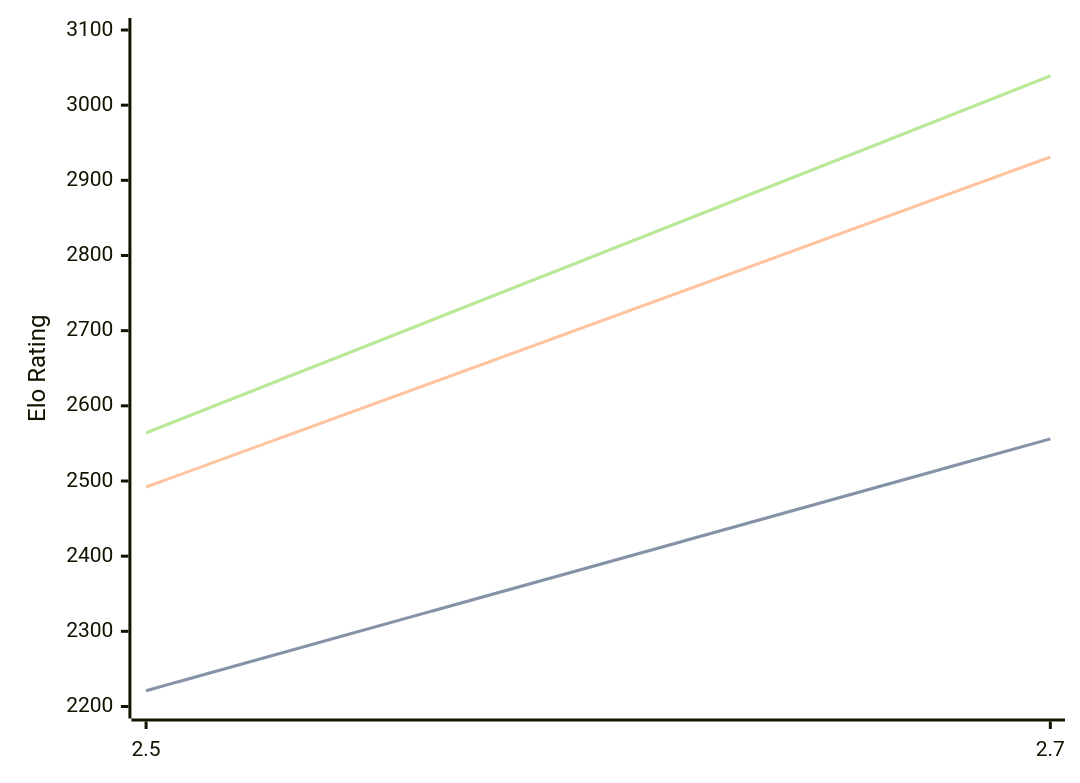
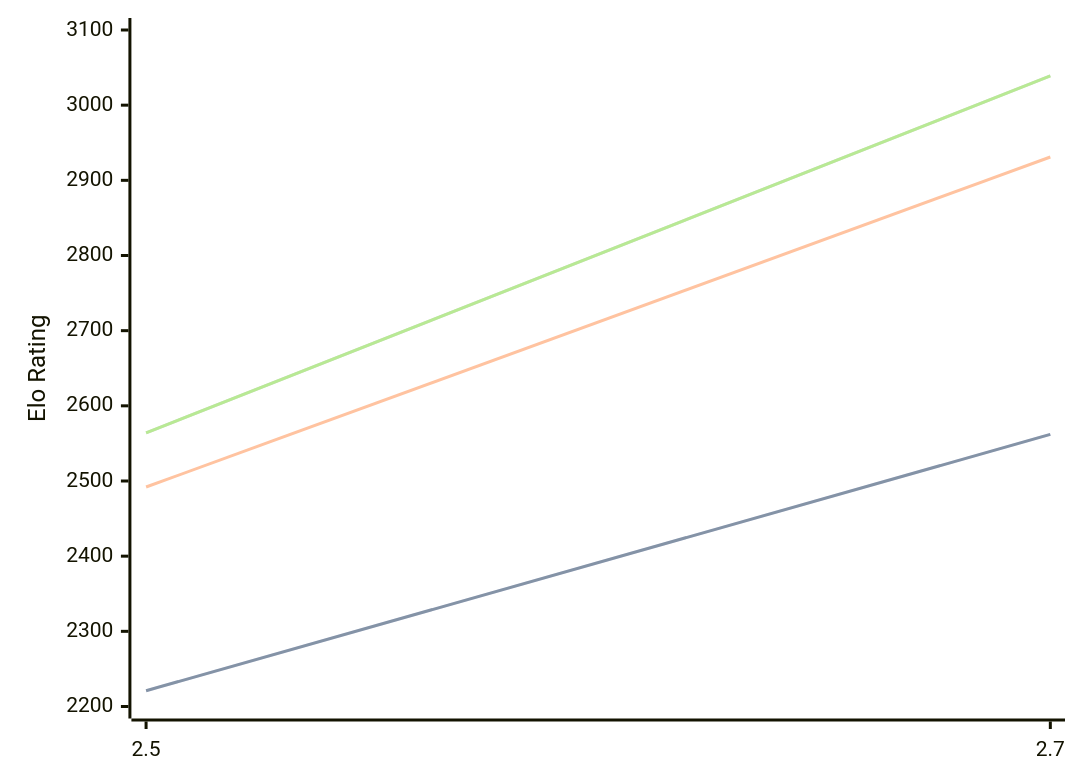
One commit to computer-chess-index/cci changed the diagram in engines/Zevra.md. Above: the diagram before and after it, drawn with Mermaid. The commit also changed other lines of this file, not shown here.

````diff
--- a/engines/Zevra.md
+++ b/engines/Zevra.md
@@ -32,11 +32,11 @@
 ```mermaid
 %%{init: {"theme":"base","themeVariables":{"seriesColors:['#a3a3a3','#222221','#faa371']}}}%%
 xychart-beta
   x-axis ["2.5", "2.7"]
   y-axis "Elo Rating" 2200 --> 3100
-  line "" [2221, 2556]
-  line "STC (8.0+0.08s)" [2221, 2556]
+  line "" [2221, 2562]
+  line "STC (8.0+0.08s)" [2221, 2562]
   line "LTC (60.0+0.60s)" [2492, 2931]
   line "" [2564, 3039]
   line "VLTC (2m24s+1.12s)" [2564, 3039]
 ```
````
